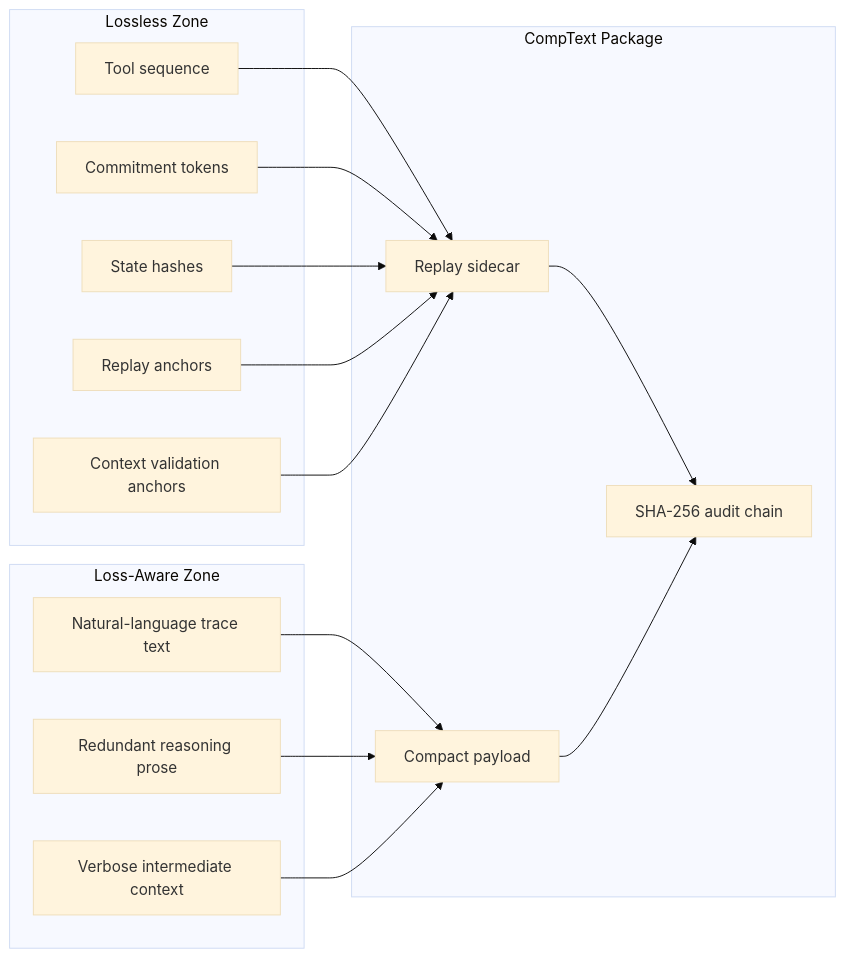
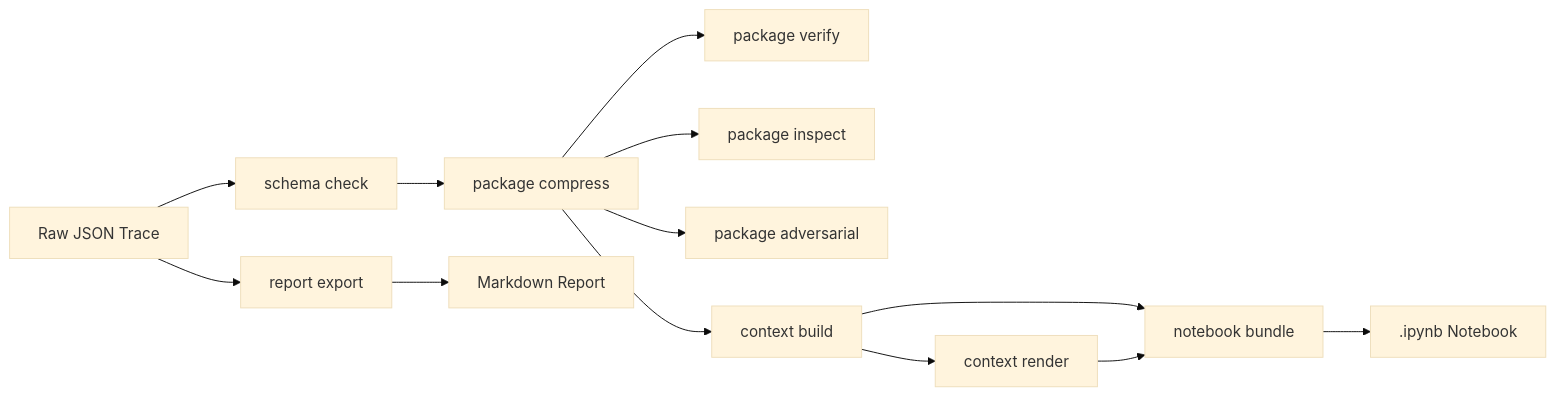
Before and after one commit to ProfRandom92/Antigravity-Comptextv7: the diagram in README.md, drawn with Mermaid (base theme). The commit also changed other lines of this file and 56 other files, not shown here.

````diff
--- a/README.md
+++ b/README.md
@@ -186,33 +22,15 @@
 ```mermaid
 flowchart LR
-    subgraph lossy["Loss-Aware Zone"]
-        A["Natural-language trace text"]
-        B["Redundant reasoning prose"]
-        C["Verbose intermediate context"]
-    end
-
-    subgraph lossless["Lossless Zone"]
-        D["Tool sequence"]
-        E["Commitment tokens"]
-        F["State hashes"]
-        G["Replay anchors"]
-        H["Context validation anchors"]
-    end
-
-    subgraph output["CompText Package"]
-        I["Compact payload"]
-        J["Replay sidecar"]
-        K["SHA-256 audit chain"]
-    end
-
-    A --> I
-    B --> I
-    C --> I
-    D --> J
-    E --> J
-    F --> J
-    G --> J
-    H --> J
+    A["Raw JSON Trace"] --> B["schema check"]
+    B --> C["package compress"]
+    C --> D["package verify"]
+    C --> E["package inspect"]
+    C --> F["package adversarial"]
+    C --> I["context build"]
+    I --> J["context render"]
+    I --> K["notebook bundle"]
     J --> K
-    I --> K
+    K --> L[".ipynb Notebook"]
+    A --> G["report export"]
+    G --> H["Markdown Report"]
 ```
````
